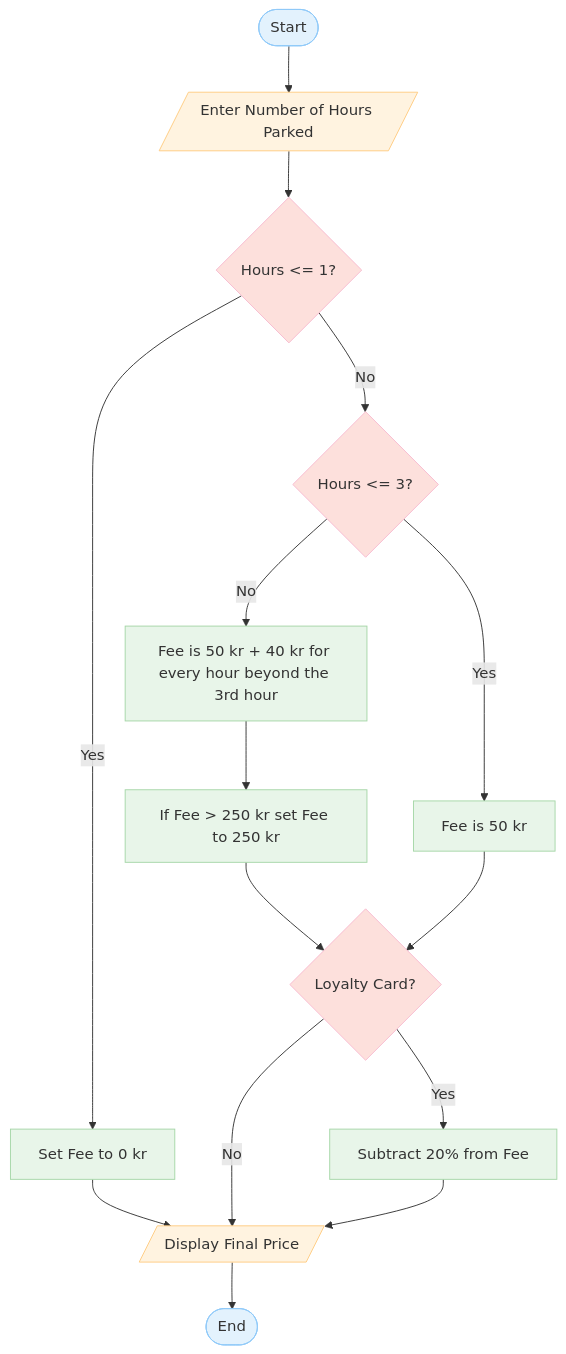
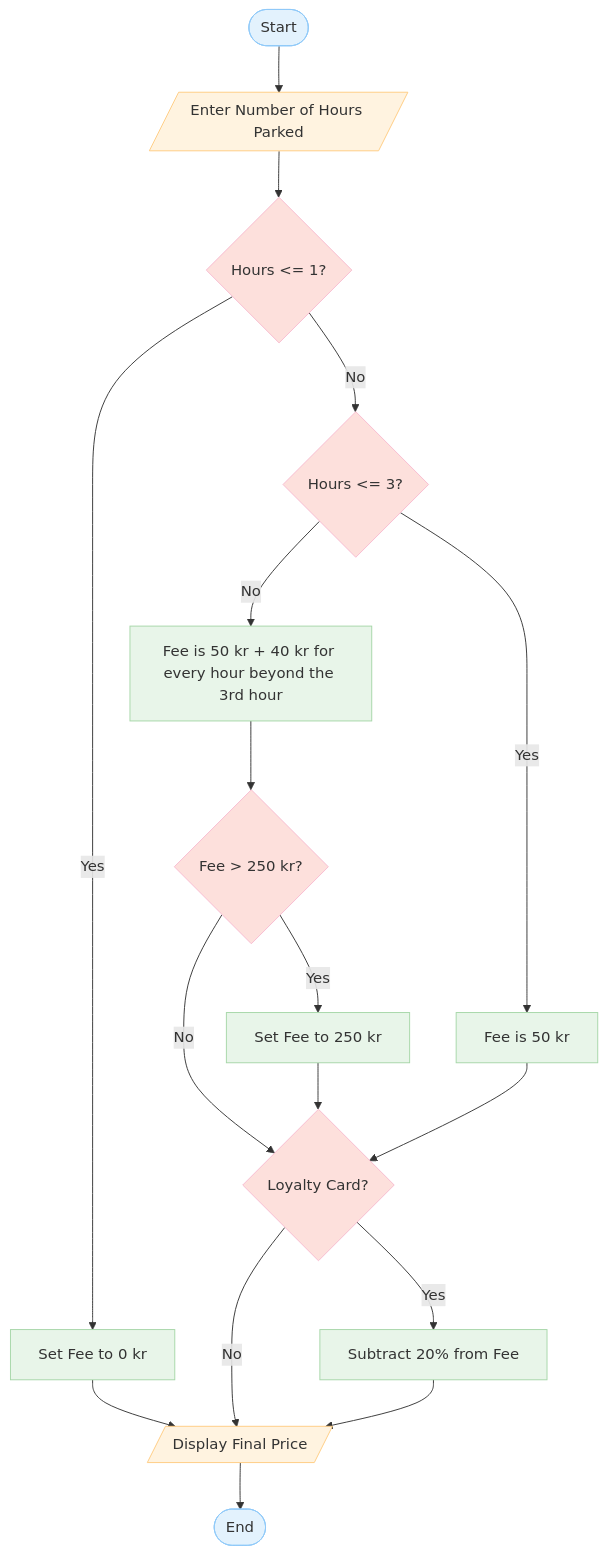
The fifth of 5 diagrams in README.md (joelBIT/workshop-pseudocode-flowcharts), drawn with Mermaid before and after one commit.

````diff
--- a/README.md
+++ b/README.md
@@ -177,23 +177,25 @@
 ```mermaid
 flowchart TD
     A([Start]):::term --> B[/Enter Number of Hours Parked/]:::io
     B --> C{Hours <= 1?}:::dec
     C -- No --> D{Hours <= 3?}:::dec
     C -- Yes --> E[Set Fee to 0 kr]:::proc
     E --> Z[/Display Final Price/]:::io
     Y -- No --> Z[/Display Final Price/]:::io
     Y -- Yes --> W[Subtract 20% from Fee]:::proc
     W --> Z[/Display Final Price/]:::io
     D -- No --> G[Fee is 50 kr + 40 kr for every hour beyond the 3rd hour]:::proc
     D -- Yes --> F[Fee is 50 kr]:::proc
-    G --> H[If Fee > 250 kr set Fee to 250 kr]:::proc
-    H --> Y{Loyalty Card?}:::dec
+    G --> H{Fee > 250 kr?}:::dec
+    H -- No --> Y{Loyalty Card?}:::dec
+    H -- Yes --> K[Set Fee to 250 kr]:::proc
+    K --> Y{Loyalty Card?}:::dec
     F --> Y{Loyalty Card?}:::dec
     Z --> X([End]):::term
     
 
 classDef term fill:#e3f2fd,stroke:#90caf9,color:#333,stroke-width:1px;
 classDef io fill:#fff3e0,stroke:#ffcc80,color:#333,stroke-width:1px;
 classDef dec fill:#fde0dc,stroke:#f8bbd0,color:#333,stroke-width:1px;
 classDef proc fill:#e8f5e9,stroke:#a5d6a7,color:#333,stroke-width:1px;
 ```
````
